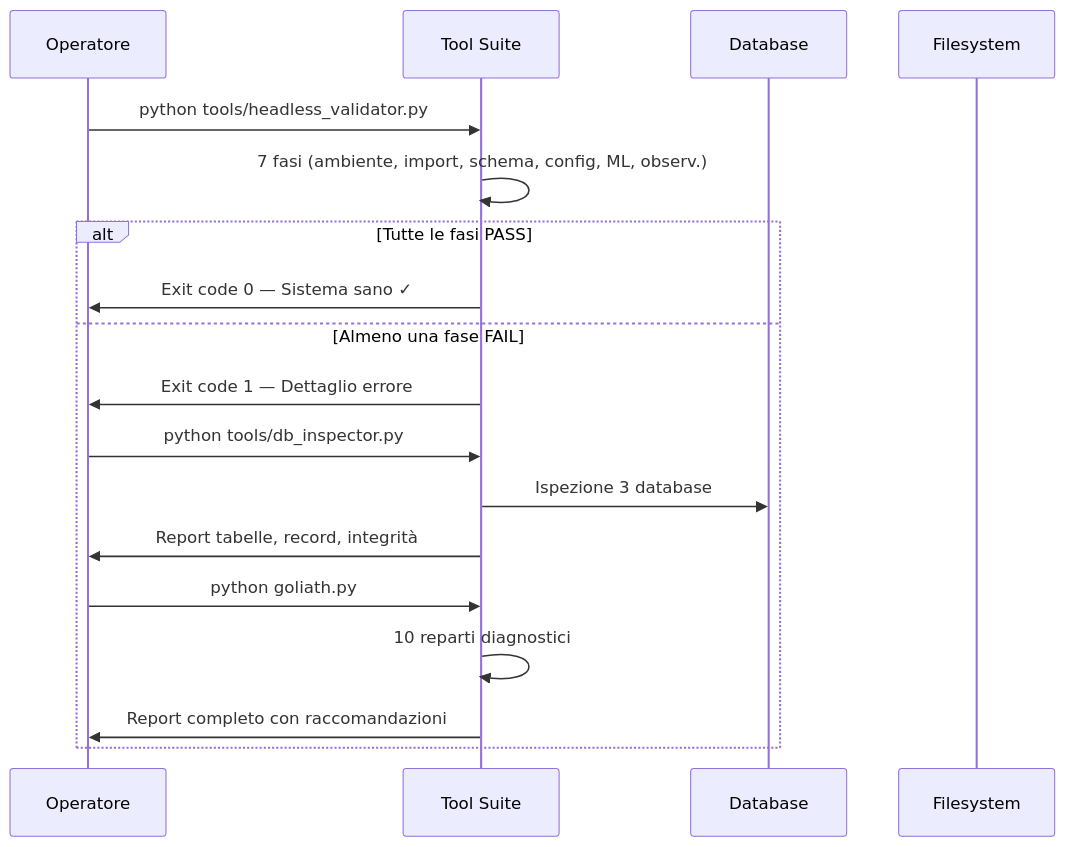
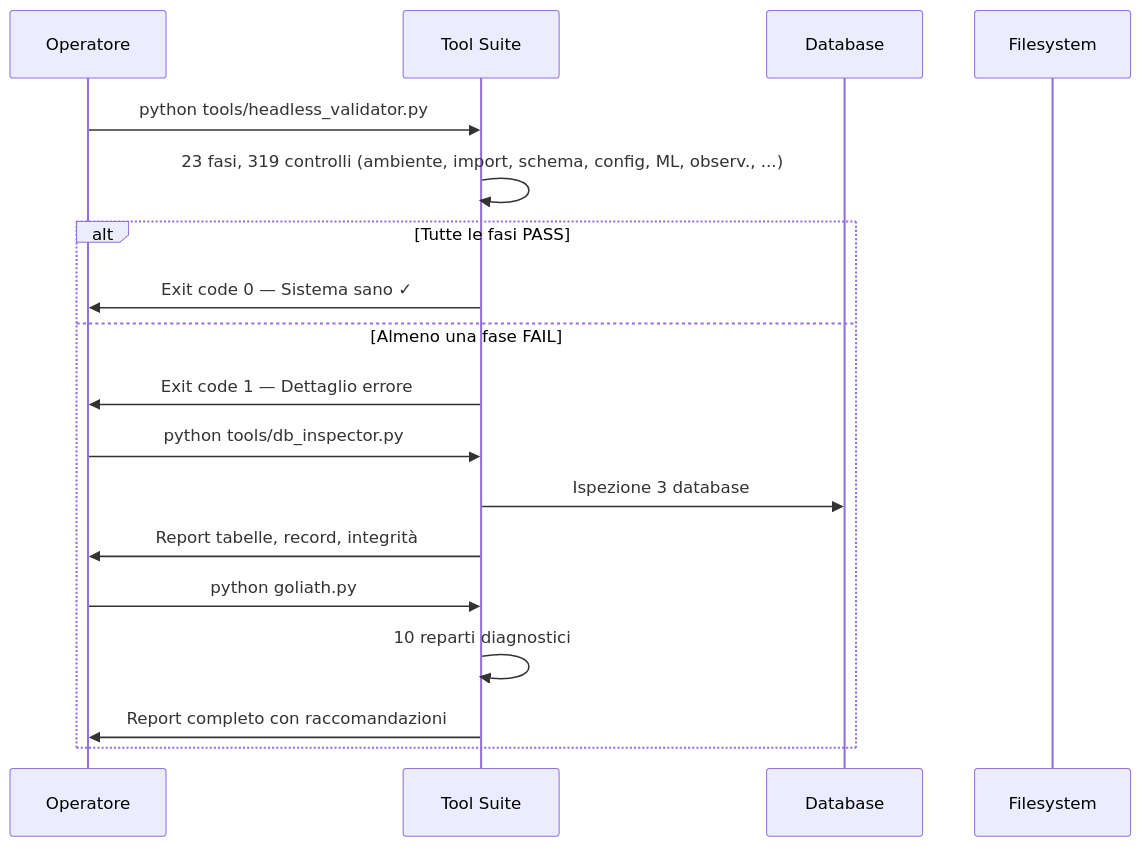
One commit to renanaugustomacena-ux/Counter-Strike-coach-AI changed diagram 39 of 55 in docs/Book-Coach-3.md. Above: the diagram before and after it, drawn with Mermaid. The commit also changed other lines of this file and 115 other files, not shown here.

````diff
--- a/docs/Book-Coach-3.md
+++ b/docs/Book-Coach-3.md
@@ -2059,21 +2059,21 @@
 ```mermaid
 sequenceDiagram
     participant OP as Operatore
     participant TOOL as Tool Suite
     participant DB as Database
     participant FS as Filesystem
 
     OP->>TOOL: python tools/headless_validator.py
-    TOOL->>TOOL: 7 fasi (ambiente, import, schema, config, ML, observ.)
+    TOOL->>TOOL: 23 fasi, 319 controlli (ambiente, import, schema, config, ML, observ., ...)
     alt Tutte le fasi PASS
         TOOL->>OP: Exit code 0 — Sistema sano ✓
     else Almeno una fase FAIL
         TOOL->>OP: Exit code 1 — Dettaglio errore
         OP->>TOOL: python tools/db_inspector.py
         TOOL->>DB: Ispezione 3 database
         TOOL->>OP: Report tabelle, record, integrità
         OP->>TOOL: python goliath.py
         TOOL->>TOOL: 10 reparti diagnostici
         TOOL->>OP: Report completo con raccomandazioni
     end
 ```
````
